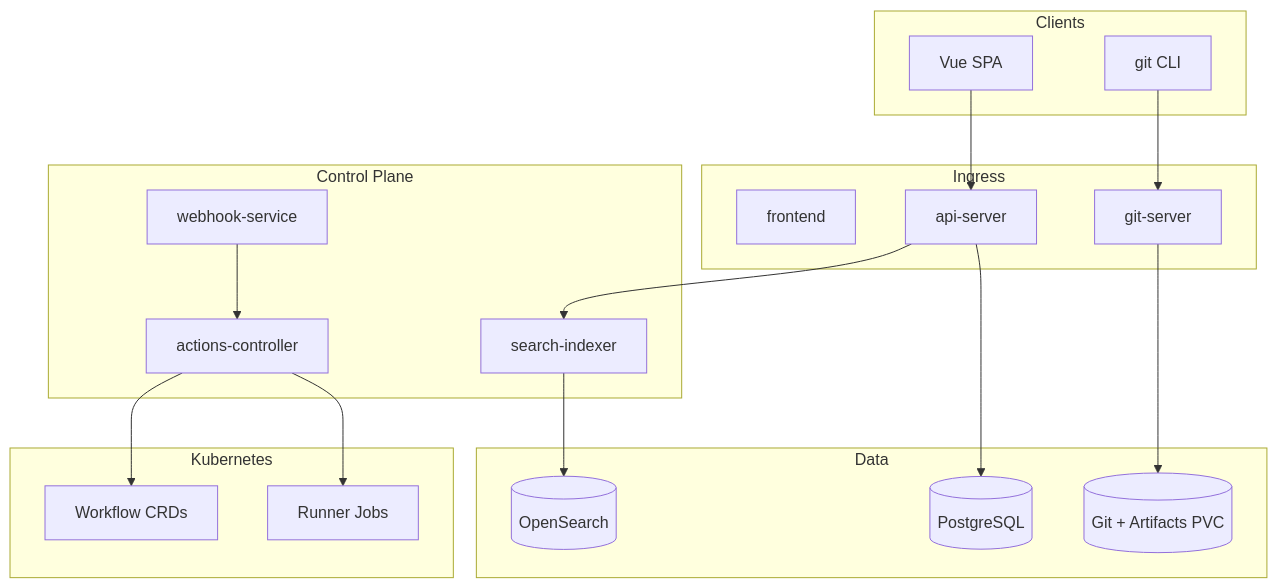
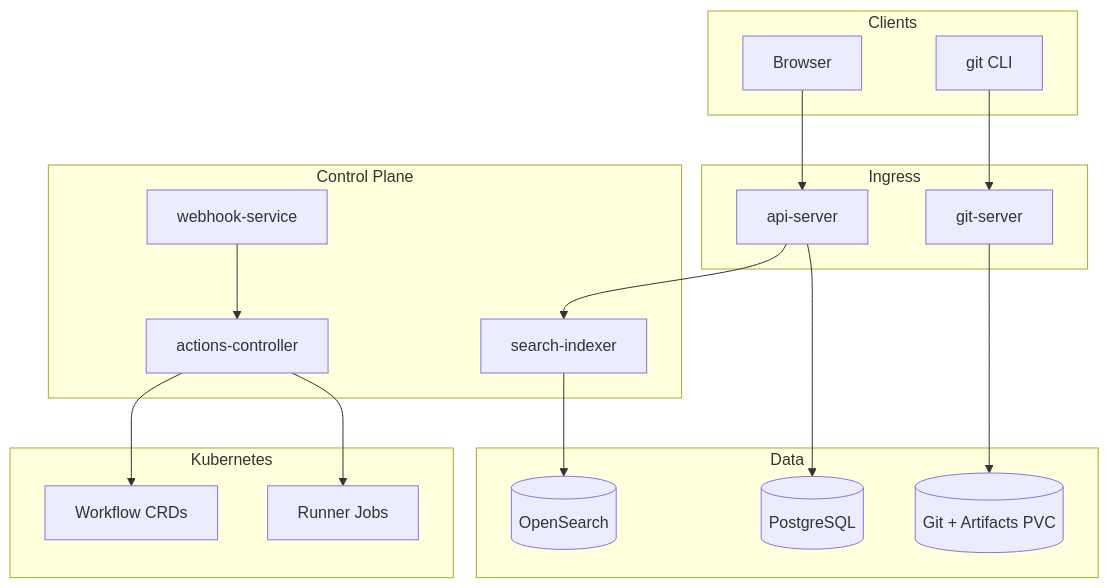
Before and after one commit to rusik69/govnohub: the diagram in docs/architecture.md, drawn with Mermaid. The commit also changed other lines of this file and 124 other files, not shown here.

First line of the commit message:
Replace Vue SPA with templ/HTMX UI and add core forge features.

````diff
--- a/docs/architecture.md
+++ b/docs/architecture.md
@@ -7,42 +7,41 @@
 ```mermaid
 flowchart TB
   subgraph clients [Clients]
-    Browser[Vue SPA]
+    Browser[Browser]
     GitCLI[git CLI]
   end
 
   subgraph ingress [Ingress]
-    Web[frontend]
     API[api-server]
     GitHTTP[git-server]
   end
 
   subgraph control [Control Plane]
     API
     GitHTTP
     Webhook[webhook-service]
     Actions[actions-controller]
     Search[search-indexer]
   end
 
   subgraph data [Data]
     PG[(PostgreSQL)]
     OS[(OpenSearch)]
     PVC[(Git + Artifacts PVC)]
   end
 
   subgraph k8s [Kubernetes]
     Jobs[Runner Jobs]
     CRDs[Workflow CRDs]
   end
 
   Browser --> API
   GitCLI --> GitHTTP
   API --> PG
   GitHTTP --> PVC
   Webhook --> Actions
   Actions --> Jobs
   Actions --> CRDs
   Search --> OS
   API --> Search
 ```
````
